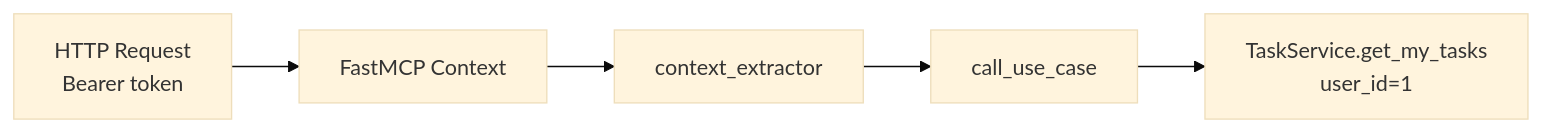
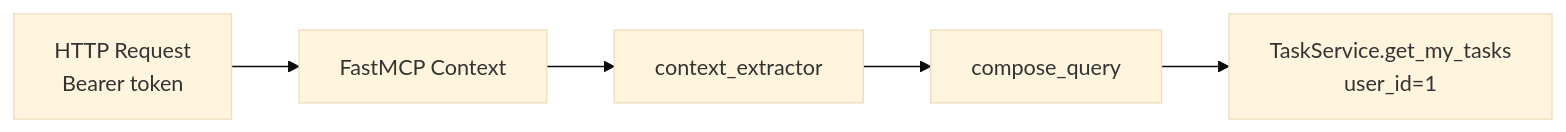
Before and after one commit to allmonday/pydantic-resolve: the second of 2 diagrams in docs/use_case_mcp_service.md, drawn with Mermaid (base theme). The commit also changed other lines of this file and 13 other files, not shown here.

````diff
--- a/docs/use_case_mcp_service.md
+++ b/docs/use_case_mcp_service.md
@@ -205,7 +206,7 @@
 ```mermaid
 flowchart LR
     A["HTTP Request<br/>Bearer token"] --> B["FastMCP Context"]
     B --> C["context_extractor"]
-    C --> D["call_use_case"]
+    C --> D["compose_query"]
     D --> E["TaskService.get_my_tasks<br/>user_id=1"]
 ```
````
